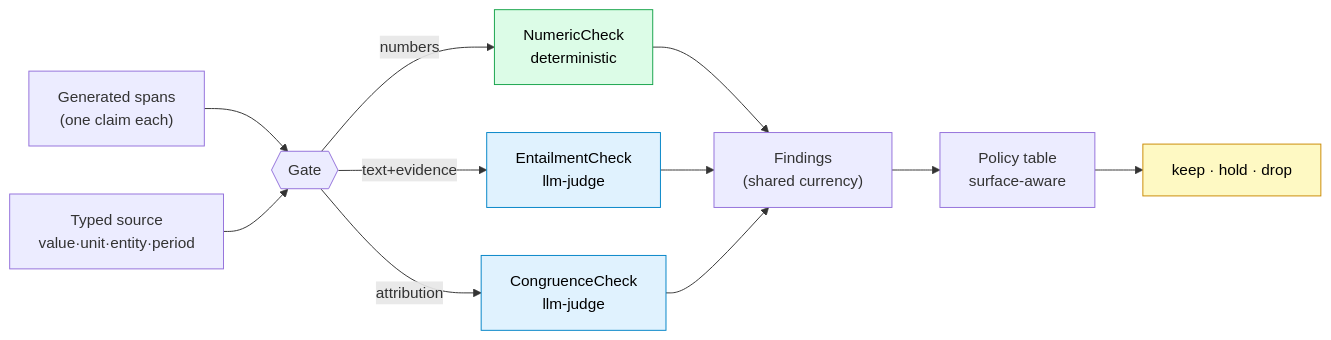
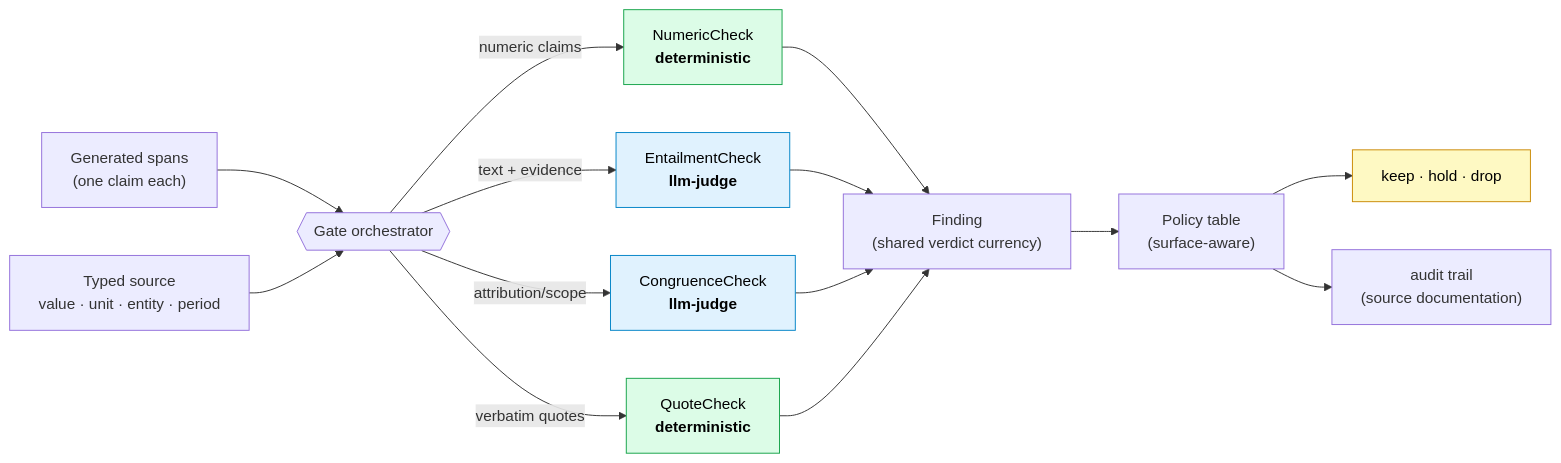
One commit to 4sgupta828/fides changed the diagram in posts/linkedin.md. Above: the diagram before and after it, drawn with Mermaid. The commit also changed other lines of this file, not shown here.

````diff
--- a/posts/linkedin.md
+++ b/posts/linkedin.md
@@ -29,16 +41,21 @@
 ```mermaid
 flowchart LR
-    A["Generated spans<br/>(one claim each)"] --> G{{Gate}}
-    S["Typed source<br/>value·unit·entity·period"] --> G
-    G -->|numbers| N["NumericCheck<br/>deterministic"]
-    G -->|text+evidence| E["EntailmentCheck<br/>llm-judge"]
-    G -->|attribution| C["CongruenceCheck<br/>llm-judge"]
-    N --> F["Findings<br/>(shared currency)"]
+    A["Generated spans<br/>(one claim each)"] --> G{{Gate orchestrator}}
+    S["Typed source<br/>value · unit · entity · period"] --> G
+    G -->|numeric claims| N["NumericCheck<br/><b>deterministic</b>"]
+    G -->|text + evidence| E["EntailmentCheck<br/><b>llm-judge</b>"]
+    G -->|attribution/scope| C["CongruenceCheck<br/><b>llm-judge</b>"]
+    G -->|verbatim quotes| Q["QuoteCheck<br/><b>deterministic</b>"]
+    N --> F["Finding<br/>(shared verdict currency)"]
     E --> F
     C --> F
-    F --> P["Policy table<br/>surface-aware"] --> D["keep · hold · drop"]
+    Q --> F
+    F --> P["Policy table<br/>(surface-aware)"]
+    P --> D["keep · hold · drop"]
+    P --> AU["audit trail<br/>(source documentation)"]
     style N fill:#dcfce7,stroke:#16a34a,color:#000
+    style Q fill:#dcfce7,stroke:#16a34a,color:#000
     style E fill:#e0f2fe,stroke:#0284c7,color:#000
     style C fill:#e0f2fe,stroke:#0284c7,color:#000
     style D fill:#fef9c3,stroke:#ca8a04,color:#000
 ```
````
